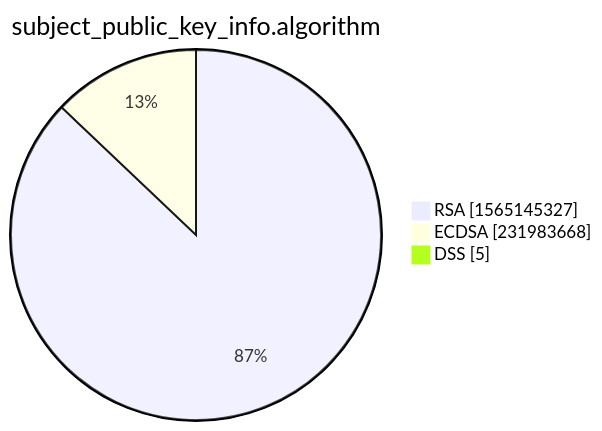
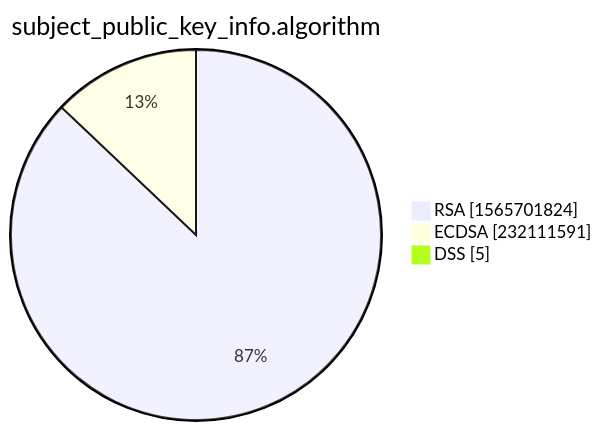
The third of 15 diagrams in xenon2022/README.md (christiankrug/ctmonitor_visualization), drawn with Mermaid before and after one commit. The commit also changed other lines of this file, not shown here.

````diff
--- a/xenon2022/README.md
+++ b/xenon2022/README.md
@@ -14,7 +14,7 @@
 ```mermaid
 pie showData
 title subject_public_key_info.algorithm
-"RSA" :1565145327
-"ECDSA" :231983668
+"RSA" :1565701824
+"ECDSA" :232111591
 "DSS" :5
 ```
````
